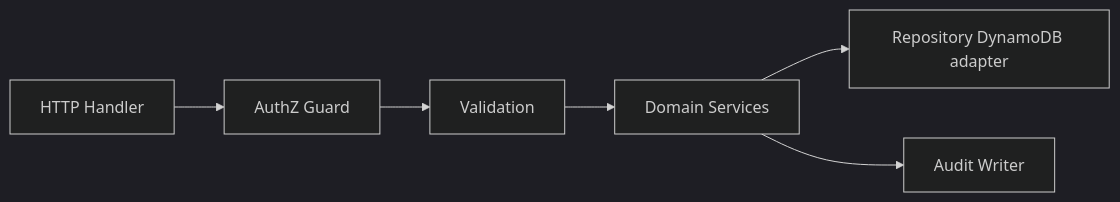
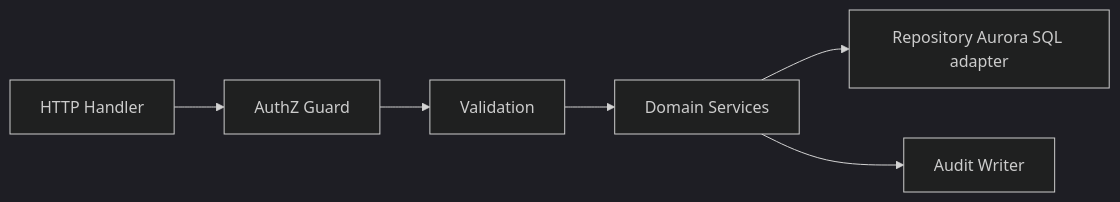
The second of 3 diagrams in .kiro/specs/aims-web/design.md (carbonless/aims), drawn with Mermaid (dark theme) before and after one commit. The commit also changed other lines of this file and 3 other files, not shown here.

Commit message:
Task 3: reference-data domain services; re-architect design to Aurora Serverless v2 Postgres

````diff
--- a/.kiro/specs/aims-web/design.md
+++ b/.kiro/specs/aims-web/design.md
@@ -96,8 +108,8 @@
 ```mermaid
 graph LR
     H[HTTP Handler] --> A[AuthZ Guard]
     A --> V[Validation]
     V --> D[Domain Services]
-    D --> R[Repository DynamoDB adapter]
+    D --> R[Repository Aurora SQL adapter]
     D --> AUD[Audit Writer]
 ```
````
